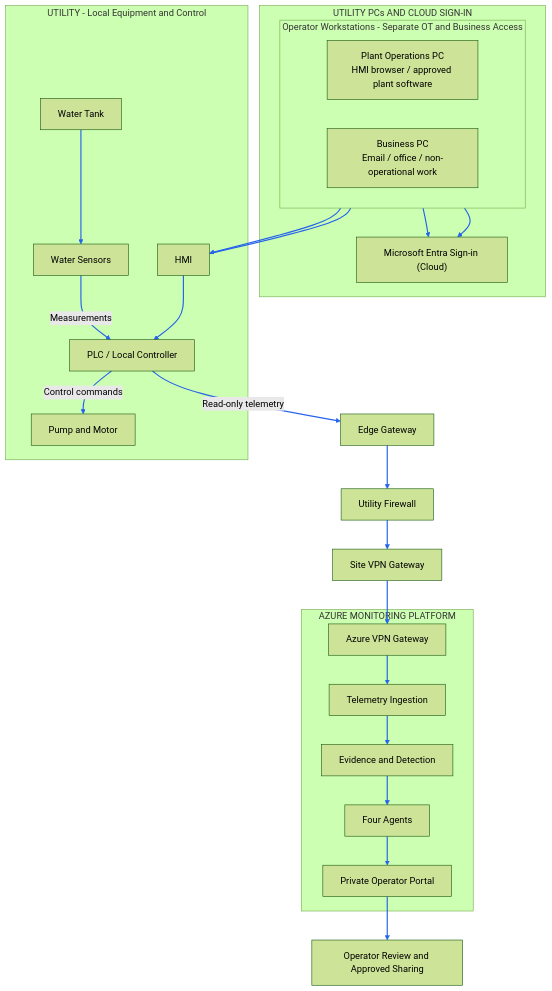
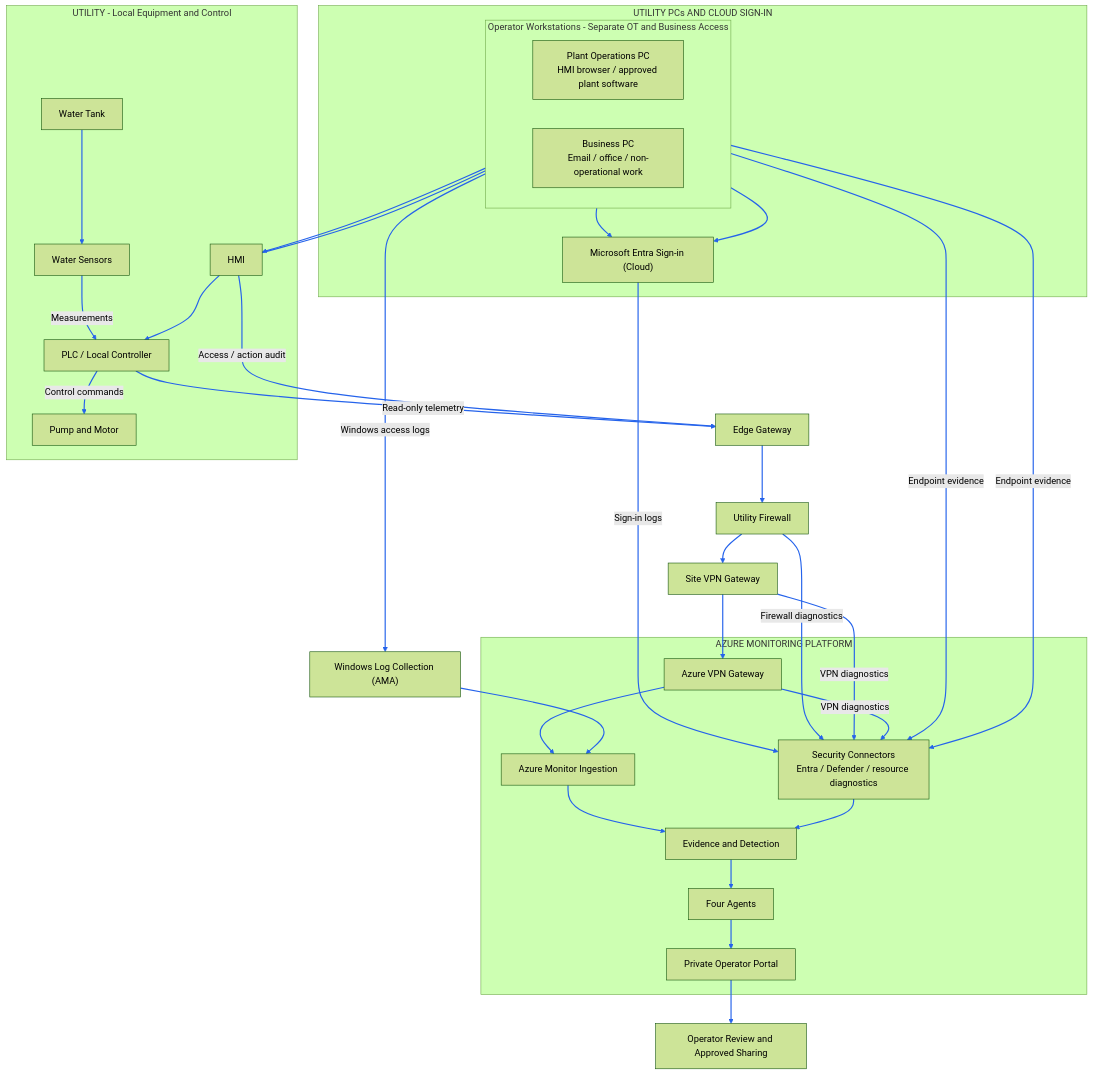
The second of 2 diagrams in docs/target-architecture.md (srvenkatms/WaterSupplyInisghtIQ), drawn with Mermaid (forest theme) before and after one commit. The commit also changed other lines of this file, not shown here.

Commit message:
Show security log collection alongside process telemetry

````diff
--- a/docs/target-architecture.md
+++ b/docs/target-architecture.md
@@ -146,51 +146,63 @@
 ```mermaid
 flowchart TB
   subgraph Access["UTILITY PCs AND CLOUD SIGN-IN"]
     subgraph Workstations["Operator Workstations - Separate OT and Business Access"]
       direction LR
       Desktop["Plant Operations PC<br/>HMI browser / approved plant software"]
       BusinessPC["Business PC<br/>Email / office / non-operational work"]
     end
     Entra["Microsoft Entra Sign-in (Cloud)"]
     Desktop --> Entra
     BusinessPC --> Entra
   end
 
   subgraph Equipment["UTILITY - Local Equipment and Control"]
     Tank["Water Tank"]
     Sensors["Water Sensors"]
     PLC["PLC / Local Controller"]
     Pump["Pump and Motor"]
     HMI["HMI"]
     Tank --> Sensors
     Sensors -->|"Measurements"| PLC
     PLC -->|"Control commands"| Pump
     HMI --> PLC
   end
 
   Gateway["Edge Gateway"]
   Firewall["Utility Firewall"]
   SiteVPN["Site VPN Gateway"]
+  WindowsLogs["Windows Log Collection (AMA)"]
   Desktop --> HMI
   %% Layout-only link aligns the PCs; business-to-HMI access is prohibited.
   BusinessPC ~~~ HMI
   PLC -->|"Read-only telemetry"| Gateway
+  HMI -->|"Access / action audit"| Gateway
+  Desktop -->|"Windows access logs"| WindowsLogs
   Gateway --> Firewall
   Firewall --> SiteVPN
 
   subgraph Cloud["AZURE MONITORING PLATFORM"]
     CloudVPN["Azure VPN Gateway"]
-    Ingestion["Telemetry Ingestion"]
+    Ingestion["Azure Monitor Ingestion"]
+    Security["Security Connectors<br/>Entra / Defender / resource diagnostics"]
     Evidence["Evidence and Detection"]
     Agents["Four Agents"]
     Portal["Private Operator Portal"]
     CloudVPN --> Ingestion
     Ingestion --> Evidence
+    Security --> Evidence
     Evidence --> Agents
     Agents --> Portal
   end
 
   SiteVPN --> CloudVPN
+  WindowsLogs --> Ingestion
+  Desktop -->|"Endpoint evidence"| Security
+  BusinessPC -->|"Endpoint evidence"| Security
+  Entra -->|"Sign-in logs"| Security
+  Firewall -->|"Firewall diagnostics"| Security
+  SiteVPN -->|"VPN diagnostics"| Security
+  CloudVPN -->|"VPN diagnostics"| Security
   Portal --> Review["Operator Review and Approved Sharing"]
   linkStyle default stroke:#2563eb,stroke-width:2px;
 ```
````
